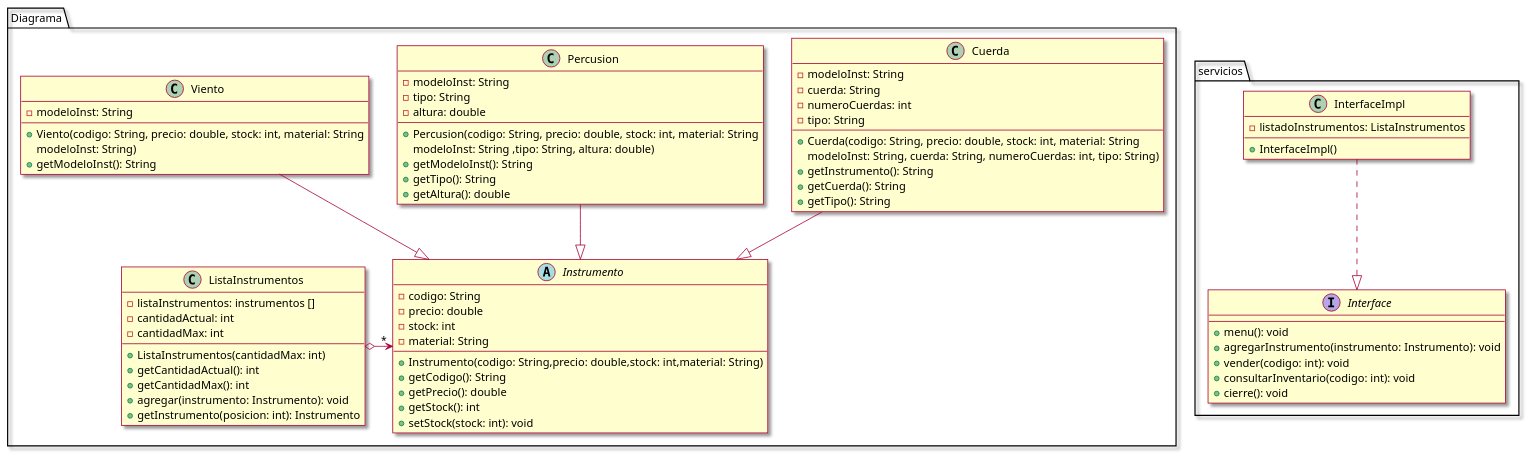
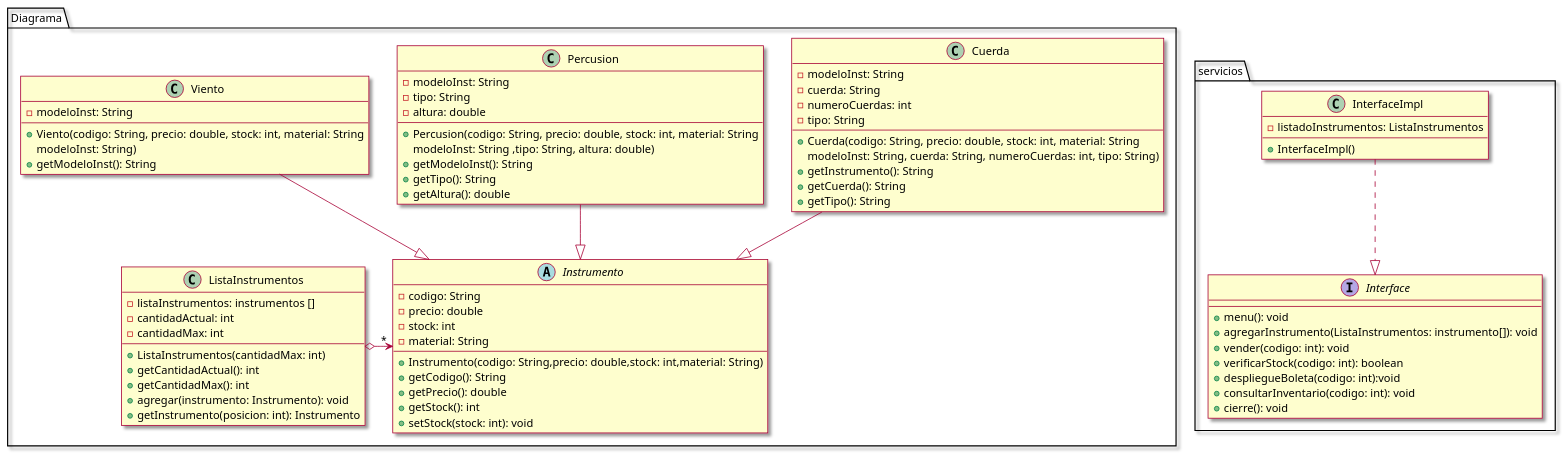
The diagram in DiagramaClase.puml (diegooblu/Taller3), drawn with PlantUML before and after one commit.

Commit message:
Changes by diego, Del segundo commit, fecha: 06-05-2023

```diff
--- a/DiagramaClase.puml
+++ b/DiagramaClase.puml
@@ -1,81 +1,83 @@
 @startuml
 skin rose
 
 package Diagrama {
     abstract class Instrumento {
         -codigo: String
         -precio: double
         -stock: int
         -material: String
         +Instrumento(codigo: String,precio: double,stock: int,material: String)
         +getCodigo(): String
         +getPrecio(): double
         +getStock(): int
         +setStock(stock: int): void
     }
 
     class Cuerda {
         -modeloInst: String
         -cuerda: String
         -numeroCuerdas: int
         -tipo: String
         +Cuerda(codigo: String, precio: double, stock: int, material: String
         modeloInst: String, cuerda: String, numeroCuerdas: int, tipo: String)
         +getInstrumento(): String
         +getCuerda(): String
         +getTipo(): String
 
     }
     Cuerda--|>Instrumento
 
     class Percusion {
         -modeloInst: String
         -tipo: String
         -altura: double
         +Percusion(codigo: String, precio: double, stock: int, material: String
         modeloInst: String ,tipo: String, altura: double)
         +getModeloInst(): String
         +getTipo(): String
         +getAltura(): double
     }
     Percusion--|>Instrumento
 
     class Viento {
         -modeloInst: String
         +Viento(codigo: String, precio: double, stock: int, material: String
         modeloInst: String)
         +getModeloInst(): String
     }
     Viento--|>Instrumento
 
     class ListaInstrumentos {
         -listaInstrumentos: instrumentos []
         -cantidadActual: int
         -cantidadMax: int
         +ListaInstrumentos(cantidadMax: int)
         +getCantidadActual(): int
         +getCantidadMax(): int
         +agregar(instrumento: Instrumento): void
         +getInstrumento(posicion: int): Instrumento
     }
     ListaInstrumentos o->"*" Instrumento
 }
 
 package servicios {
 
     interface Interface{
     +menu(): void
-    +agregarInstrumento(instrumento: Instrumento): void
+    +agregarInstrumento(ListaInstrumentos: instrumento[]): void
     +vender(codigo: int): void
+    +verificarStock(codigo: int): boolean
+    +despliegueBoleta(codigo: int):void
     +consultarInventario(codigo: int): void
     +cierre(): void
     }
 
     class InterfaceImpl{
         -listadoInstrumentos: ListaInstrumentos
         +InterfaceImpl()
     }
     InterfaceImpl..|> Interface
 }
 
 @enduml
```
